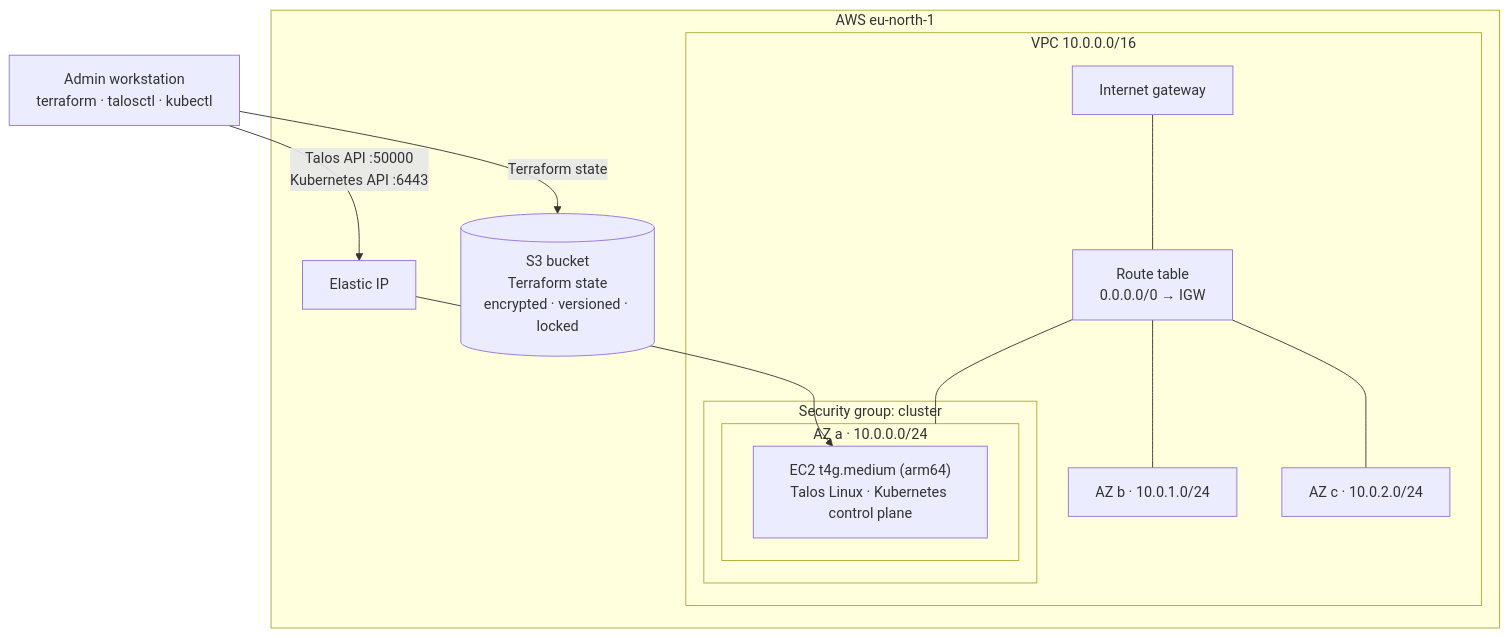
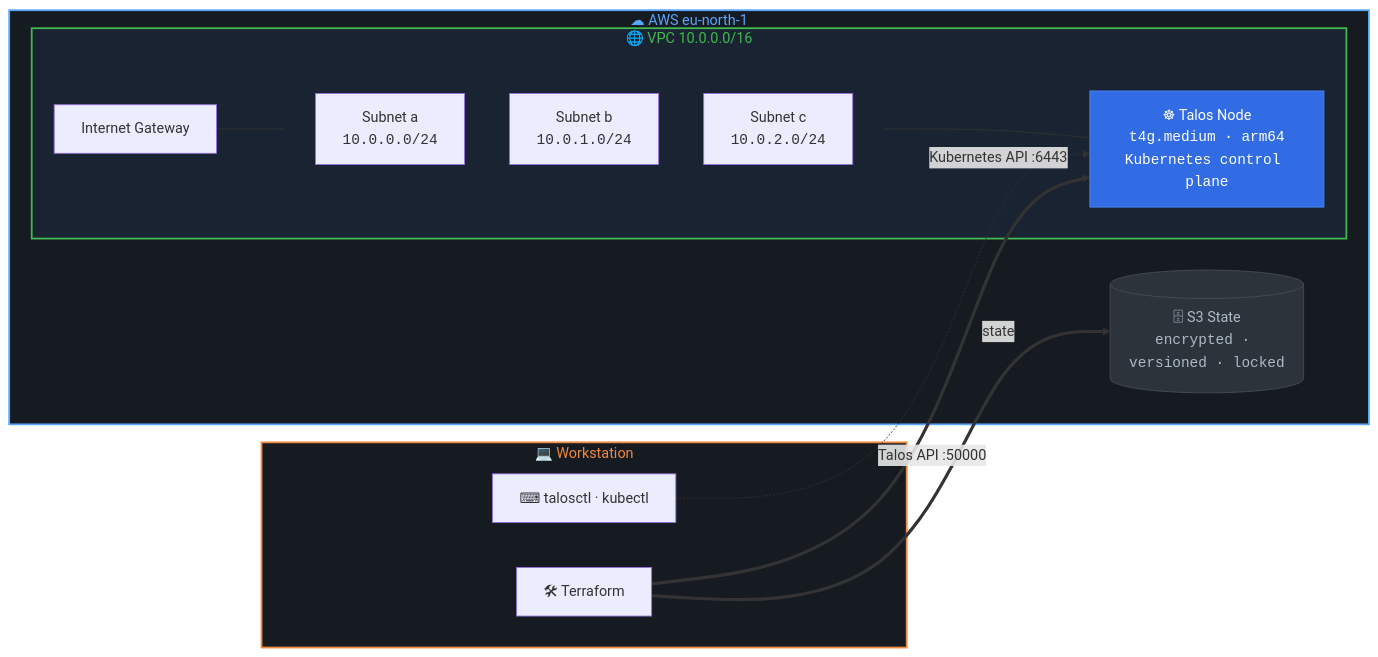
Before and after one commit to infrasam/aws-platform-iac: the first of 3 diagrams in README.md, drawn with Mermaid. The commit also changed other lines of this file and 6 other files, not shown here.

````diff
--- a/README.md
+++ b/README.md
@@ -7,32 +15,35 @@
 ```mermaid
-flowchart TB
-    admin["Admin workstation<br/>terraform · talosctl · kubectl"]
-
-    subgraph aws["AWS eu-north-1"]
-        s3[("S3 bucket<br/>Terraform state<br/>encrypted · versioned · locked")]
-
-        subgraph vpc["VPC 10.0.0.0/16"]
-            igw["Internet gateway"]
-            rt["Route table<br/>0.0.0.0/0 → IGW"]
-
-            subgraph sg["Security group: cluster"]
-                subgraph aza["AZ a · 10.0.0.0/24"]
-                    node["EC2 t4g.medium (arm64)<br/>Talos Linux · Kubernetes control plane"]
-                end
-            end
-
-            azb["AZ b · 10.0.1.0/24"]
-            azc["AZ c · 10.0.2.0/24"]
-        end
-
-        eip["Elastic IP"]
+flowchart LR
+    subgraph local["💻 Workstation"]
+        tf["🛠 Terraform"]
+        cli["⌨ talosctl · kubectl"]
     end
 
-    admin -- "Terraform state" --> s3
-    admin -- "Talos API :50000<br/>Kubernetes API :6443" --> eip
-    eip --> node
-    igw --- rt
-    rt --- aza
-    rt --- azb
-    rt --- azc
+    subgraph aws["☁ AWS eu-north-1"]
+        s3[("🗄 S3 State<br/><code>encrypted · versioned · locked</code>")]
+
+        subgraph vpc["🌐 VPC 10.0.0.0/16"]
+            igw["Internet Gateway"]
+            subgraph azs[" "]
+                direction TB
+                az_a["Subnet a<br/><code>10.0.0.0/24</code>"]
+                az_b["Subnet b<br/><code>10.0.1.0/24</code>"]
+                az_c["Subnet c<br/><code>10.0.2.0/24</code>"]
+            end
+            node["☸ Talos Node<br/><code>t4g.medium · arm64<br/>Kubernetes control plane</code>"]
+        end
+    end
+
+    tf ==>|"state"| s3
+    tf ==>|"Talos API :50000"| node
+    cli -.->|"Kubernetes API :6443"| node
+    igw --- azs
+    az_a --- node
+
+    style local fill:#161b22,stroke:#f0883e,color:#f0883e,stroke-width:2px
+    style aws fill:#161b22,stroke:#58a6ff,color:#58a6ff,stroke-width:2px
+    style vpc fill:#1a2332,stroke:#3fb950,color:#3fb950,stroke-width:2px
+    style azs fill:transparent,stroke:none
+    style node fill:#326ce5,stroke:#4a8af4,color:#fff
+    style s3 fill:#2d333b,stroke:#444c56,color:#adbac7
 ```
````
